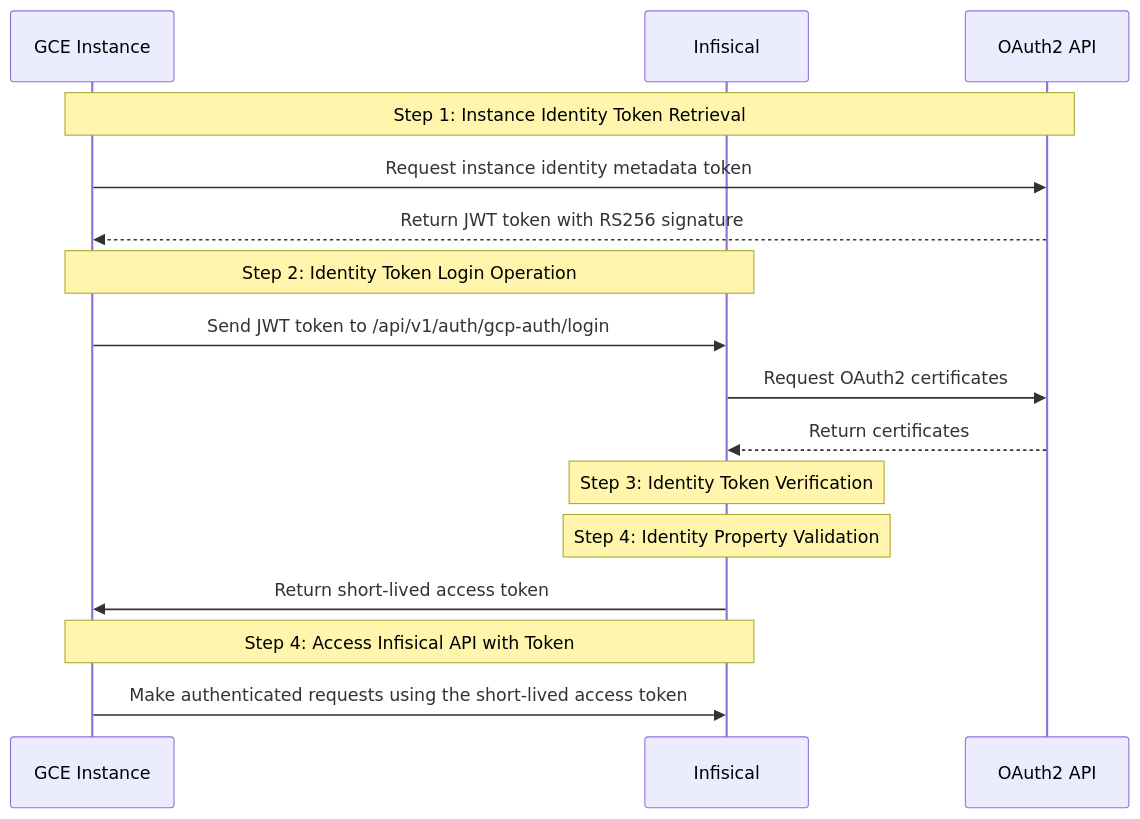
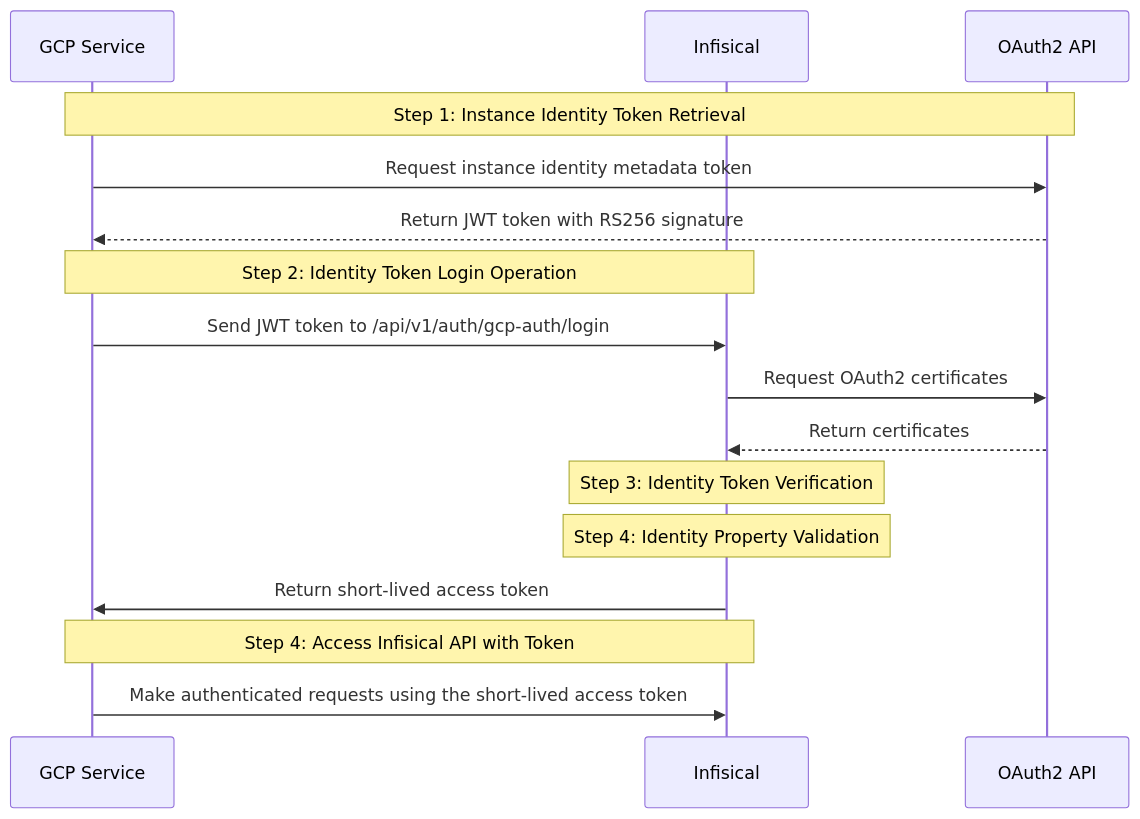
One commit to Infisical/infisical changed the second of 2 diagrams in docs/documentation/platform/identities/gcp-auth.mdx. Above: the diagram before and after it, drawn with Mermaid. The commit also changed other lines of this file and 3 other files, not shown here.

````diff
--- a/docs/documentation/platform/identities/gcp-auth.mdx
+++ b/docs/documentation/platform/identities/gcp-auth.mdx
@@ -195,22 +200,22 @@
 ```mermaid
 sequenceDiagram
-  participant GCE as GCE Instance
+  participant GCE as GCP Service
   participant Infis as Infisical
   participant Google as OAuth2 API
 
   Note over GCE,Google: Step 1: Instance Identity Token Retrieval
   GCE->>Google: Request instance identity metadata token
   Google-->>GCE: Return JWT token with RS256 signature
 
   Note over GCE,Infis: Step 2: Identity Token Login Operation
   GCE->>Infis: Send JWT token to /api/v1/auth/gcp-auth/login
   Infis->>Google: Request OAuth2 certificates
   Google-->>Infis: Return certificates
 
   Note over Infis: Step 3: Identity Token Verification
   Note over Infis: Step 4: Identity Property Validation
   Infis->>GCE: Return short-lived access token
 
   Note over GCE,Infis: Step 4: Access Infisical API with Token
   GCE->>Infis: Make authenticated requests using the short-lived access token
 ```
````
